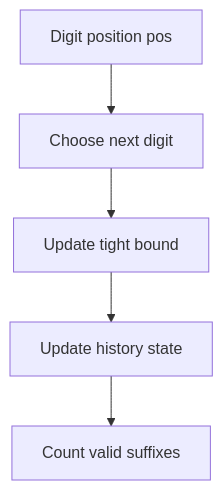
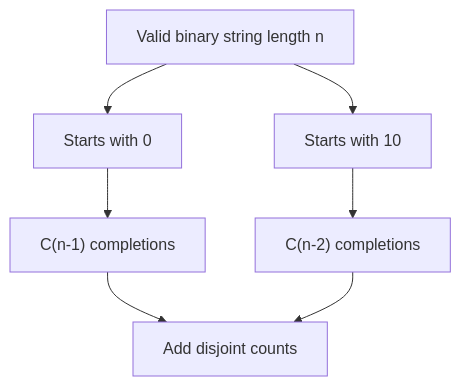
One commit to gaurav1kr/Miscellaneous changed the diagram in DSA/DP/DP_Mathematics_Master_Guide_Illustrated/Theory/Chapter-11.md. Above: the diagram before and after it, drawn with Mermaid. The commit also changed other lines of this file and 320 other files, not shown here.

````diff
--- a/DSA/DP/DP_Mathematics_Master_Guide_Illustrated/Theory/Chapter-11.md
+++ b/DSA/DP/DP_Mathematics_Master_Guide_Illustrated/Theory/Chapter-11.md
@@ -27,7 +25,9 @@
 ```mermaid
 flowchart TD
- A["Digit position pos"] --> B["Choose next digit"]
- B --> C["Update tight bound"]
- C --> D["Update history state"]
- D --> E["Count valid suffixes"]
+ A["Valid binary string length n"] --> B["Starts with 0"]
+ A --> C["Starts with 10"]
+ B --> D["C(n-1) completions"]
+ C --> E["C(n-2) completions"]
+ D --> F["Add disjoint counts"]
+ E --> F
 ```
````
